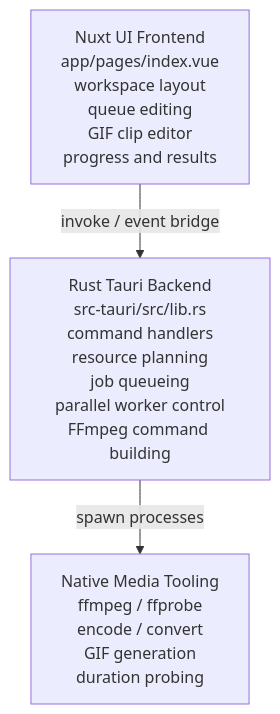
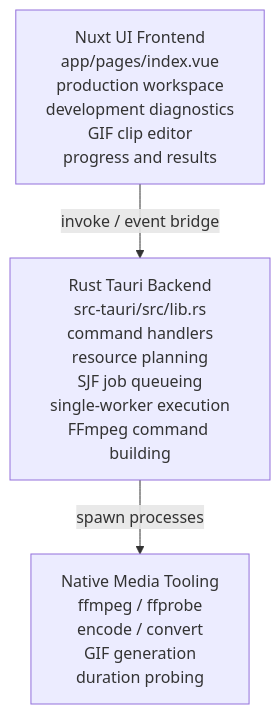
One commit to Cyden-Mnara/xcompressor changed the diagram in docs/architecture.md. Above: the diagram before and after it, drawn with Mermaid. The commit also changed other lines of this file and 15 other files, not shown here.

````diff
--- a/docs/architecture.md
+++ b/docs/architecture.md
@@ -20,9 +20,9 @@
 ```mermaid
 flowchart TD
-  UI[Nuxt UI Frontend<br/>app/pages/index.vue<br/>workspace layout<br/>queue editing<br/>GIF clip editor<br/>progress and results]
-  TAURI[Rust Tauri Backend<br/>src-tauri/src/lib.rs<br/>command handlers<br/>resource planning<br/>job queueing<br/>parallel worker control<br/>FFmpeg command building]
+  UI[Nuxt UI Frontend<br/>app/pages/index.vue<br/>production workspace<br/>development diagnostics<br/>GIF clip editor<br/>progress and results]
+  TAURI[Rust Tauri Backend<br/>src-tauri/src/lib.rs<br/>command handlers<br/>resource planning<br/>SJF job queueing<br/>single-worker execution<br/>FFmpeg command building]
   MEDIA[Native Media Tooling<br/>ffmpeg / ffprobe<br/>encode / convert<br/>GIF generation<br/>duration probing]
 
   UI -->|invoke / event bridge| TAURI
   TAURI -->|spawn processes| MEDIA
 ```
````
